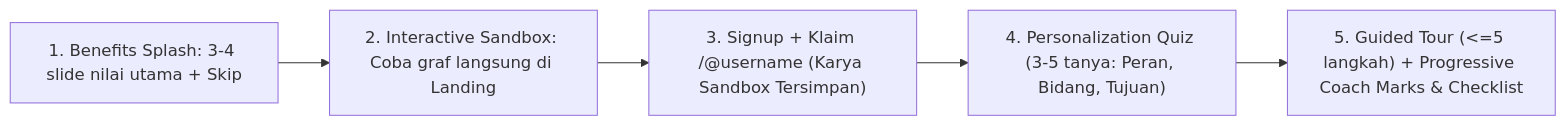
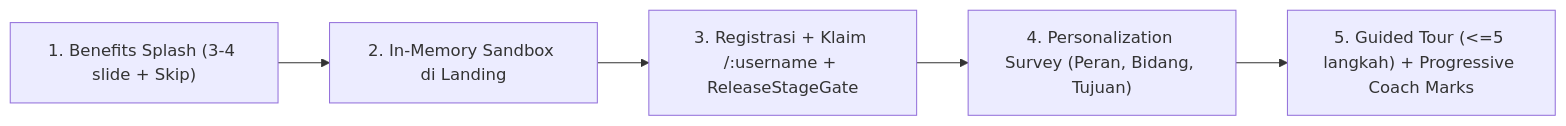
The sixth of 6 diagrams in docs/00-meta/00-0-master-blueprint.md (mjd-code/obmap-meed), drawn with Mermaid before and after one commit. The commit also changed other lines of this file and 130 other files, not shown here.

````diff
--- a/docs/00-meta/00-0-master-blueprint.md
+++ b/docs/00-meta/00-0-master-blueprint.md
@@ -250,7 +270,7 @@
 ```mermaid
 flowchart LR
-    S1["1. Benefits Splash: 3-4 slide nilai utama + Skip"] --> S2["2. Interactive Sandbox: Coba graf langsung di Landing"]
-    S2 --> S3["3. Signup + Klaim /@username (Karya Sandbox Tersimpan)"]
-    S3 --> S4["4. Personalization Quiz (3-5 tanya: Peran, Bidang, Tujuan)"]
-    S4 --> S5["5. Guided Tour (<=5 langkah) + Progressive Coach Marks & Checklist"]
+    S1["1. Benefits Splash (3-4 slide + Skip)"] --> S2["2. In-Memory Sandbox di Landing"]
+    S2 --> S3["3. Registrasi + Klaim /:username + ReleaseStageGate"]
+    S3 --> S4["4. Personalization Survey (Peran, Bidang, Tujuan)"]
+    S4 --> S5["5. Guided Tour (<=5 langkah) + Progressive Coach Marks"]
 ```
````
